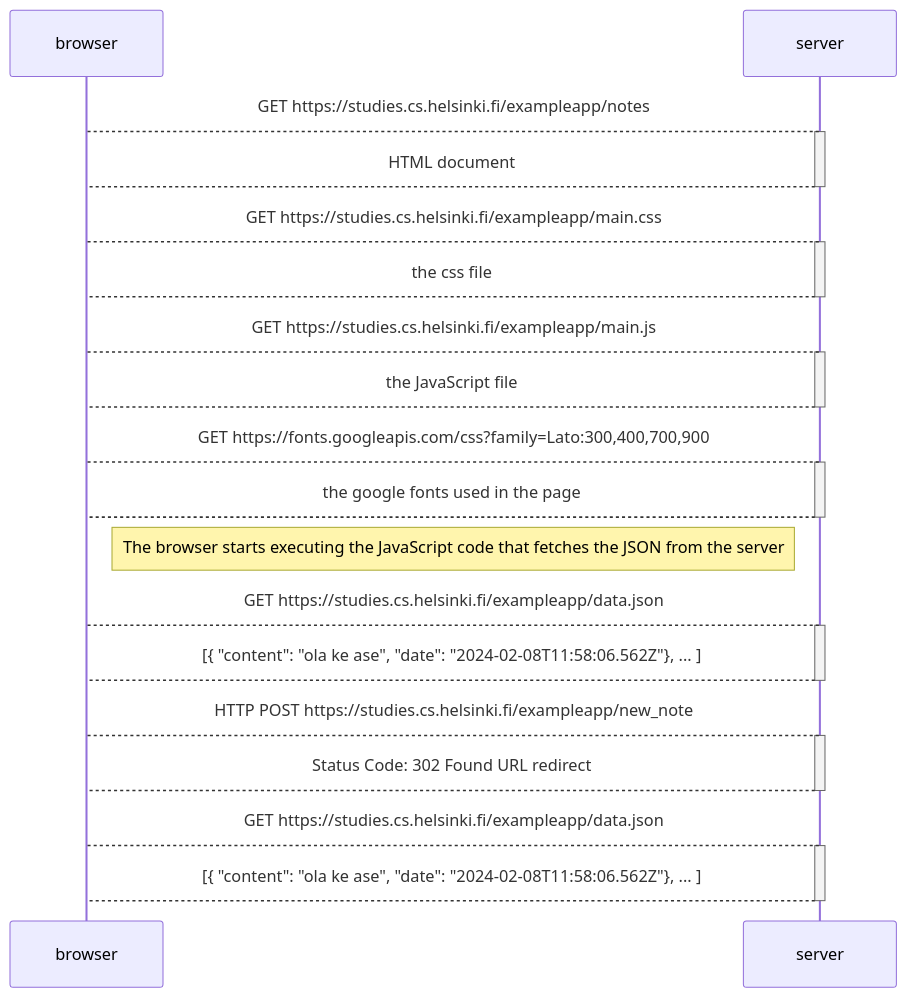
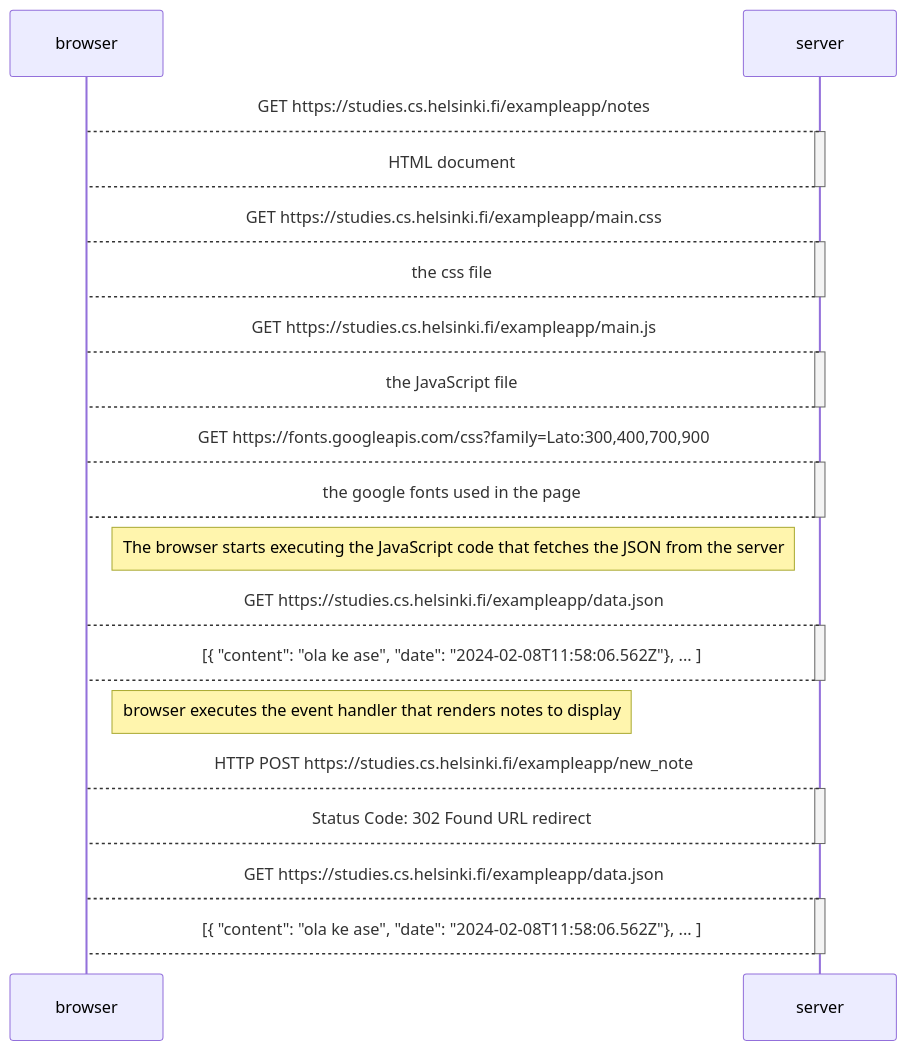
One commit to luchosr/fullstack-open changed the diagram in part0/0.4.md. Above: the diagram before and after it, drawn with Mermaid.

Commit message:
update notes

````diff
--- a/part0/0.4.md
+++ b/part0/0.4.md
@@ -1,44 +1,44 @@
 ```mermaid
 sequenceDiagram
     participant browser
     participant server
 
     browser-->server: GET https://studies.cs.helsinki.fi/exampleapp/notes
     activate server
     server-->browser: HTML document
     deactivate server
 
     browser-->server: GET https://studies.cs.helsinki.fi/exampleapp/main.css
     activate server
     server-->browser: the css file
     deactivate server
 
     browser-->server: GET https://studies.cs.helsinki.fi/exampleapp/main.js
     activate server
     server-->browser: the JavaScript file
     deactivate server
 
     browser-->server: GET https://fonts.googleapis.com/css?family=Lato:300,400,700,900
     activate server
     server-->browser: the google fonts used in the page
     deactivate server
 
     Note right of browser: The browser starts executing the JavaScript code that fetches the JSON from the server
 
     browser-->server: GET https://studies.cs.helsinki.fi/exampleapp/data.json
     activate server
     server-->browser: [{ "content": "ola ke ase", "date": "2024-02-08T11:58:06.562Z"}, ... ]
     deactivate server
 
- 
+    Note right of browser: browser executes the event handler that renders notes to display
 
     browser-->server: HTTP POST https://studies.cs.helsinki.fi/exampleapp/new_note
     activate server
     server-->browser: Status Code: 302 Found URL redirect
     deactivate server
 
     browser-->server: GET https://studies.cs.helsinki.fi/exampleapp/data.json
     activate server
     server-->browser: [{ "content": "ola ke ase", "date": "2024-02-08T11:58:06.562Z"}, ... ]
     deactivate server
 ```
````
